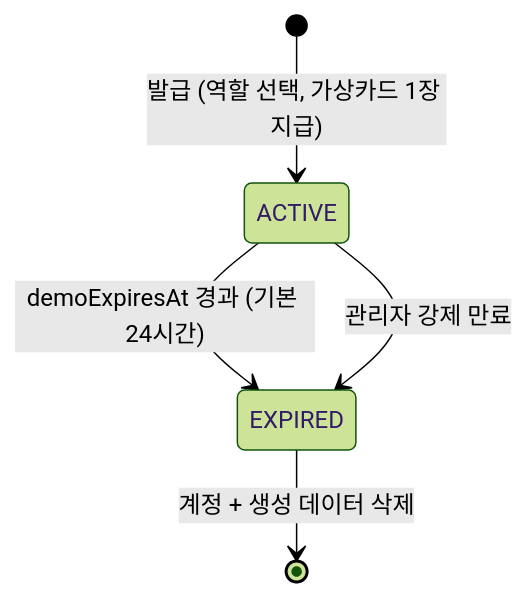
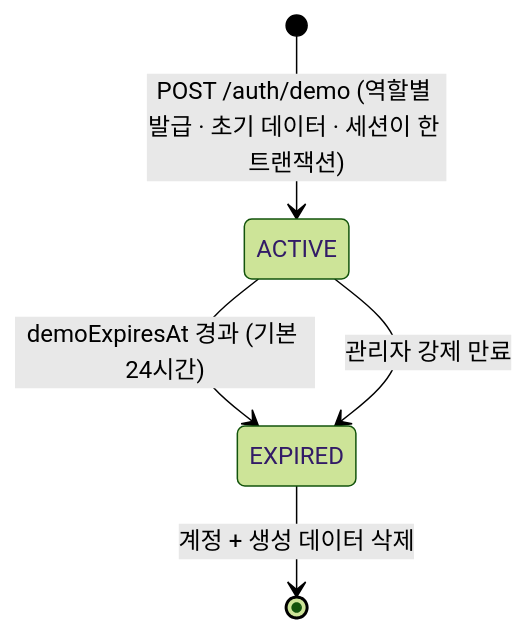
The eighth of 8 diagrams in docs/design/state-machines.md (presentY1897/demo-shopping), drawn with Mermaid (forest theme) before and after one commit. The commit also changed other lines of this file and 8 other files, not shown here.

````diff
--- a/docs/design/state-machines.md
+++ b/docs/design/state-machines.md
@@ -202,7 +202,7 @@
 ```mermaid
 stateDiagram-v2
-    [*] --> ACTIVE : 발급 (역할 선택, 가상카드 1장 지급)
+    [*] --> ACTIVE : POST /auth/demo (역할별 발급 · 초기 데이터 · 세션이 한 트랜잭션)
     ACTIVE --> EXPIRED : demoExpiresAt 경과 (기본 24시간)
     ACTIVE --> EXPIRED : 관리자 강제 만료
     EXPIRED --> [*] : 계정 + 생성 데이터 삭제
 ```
````
